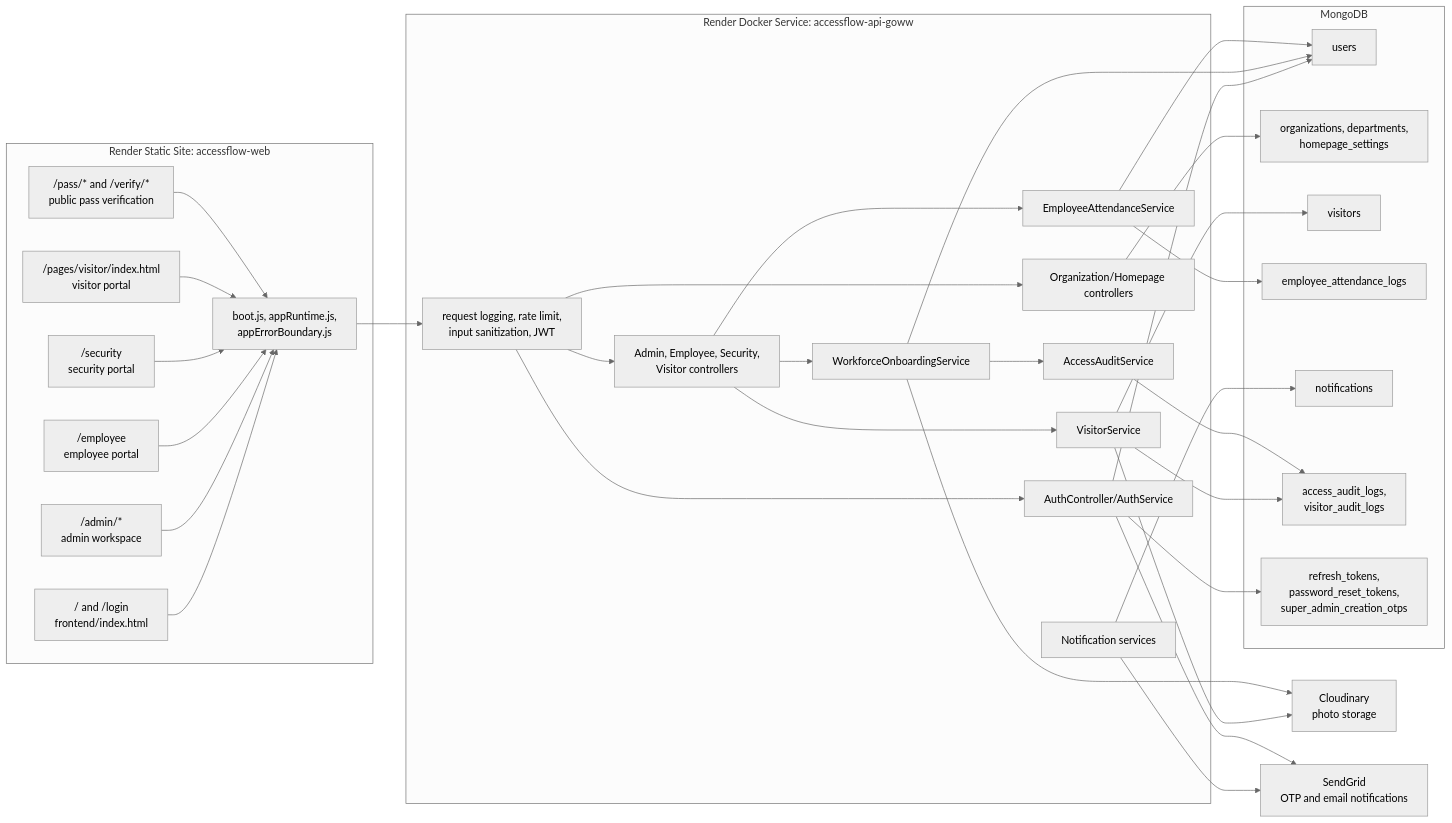
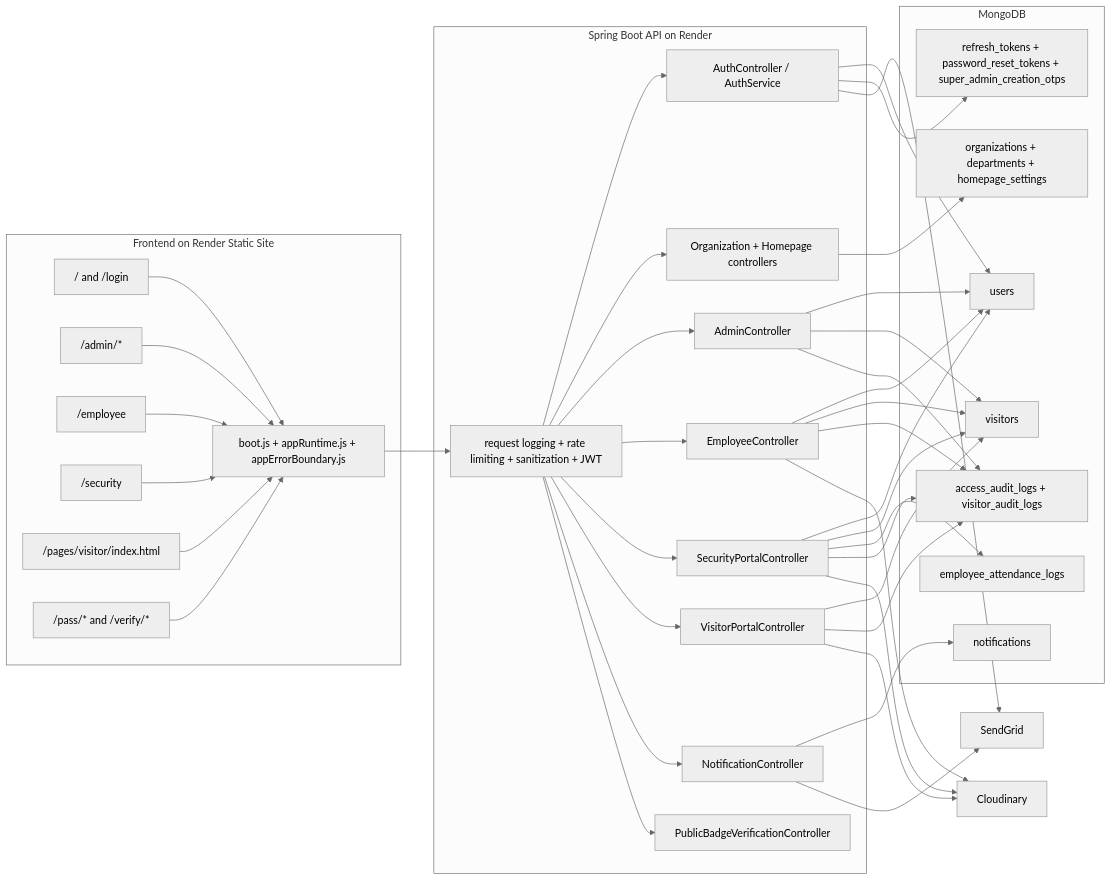
The first of 42 diagrams in PROJECT_OVERVIEW.md (digitaldodo/visitor-management-system), drawn with Mermaid (neutral theme) before and after one commit. The commit also changed other lines of this file and 1 other file, not shown here.

Commit message:
docs: consolidate AccessFlow documentation

````diff
--- a/PROJECT_OVERVIEW.md
+++ b/PROJECT_OVERVIEW.md
@@ -25,66 +27,77 @@
 ```mermaid
 flowchart LR
-    subgraph FE["Render Static Site: accessflow-web"]
-        Login["/ and /login<br/>frontend/index.html"]
-        Admin["/admin/*<br/>admin workspace"]
-        Employee["/employee<br/>employee portal"]
-        Security["/security<br/>security portal"]
-        Visitor["/pages/visitor/index.html<br/>visitor portal"]
-        Pass["/pass/* and /verify/*<br/>public pass verification"]
-        Runtime["boot.js, appRuntime.js,<br/>appErrorBoundary.js"]
+    subgraph FE["Frontend on Render Static Site"]
+        Login["/ and /login"]
+        Admin["/admin/*"]
+        Employee["/employee"]
+        Security["/security"]
+        Visitor["/pages/visitor/index.html"]
+        Pass["/pass/* and /verify/*"]
+        Runtime["boot.js + appRuntime.js + appErrorBoundary.js"]
     end
 
-    subgraph API["Render Docker Service: accessflow-api-goww"]
-        Filters["request logging, rate limit,<br/>input sanitization, JWT"]
-        Auth["AuthController/AuthService"]
-        Portal["Admin, Employee, Security,<br/>Visitor controllers"]
-        Org["Organization/Homepage controllers"]
-        VisitorSvc["VisitorService"]
-        Workforce["WorkforceOnboardingService"]
-        Attendance["EmployeeAttendanceService"]
-        Notify["Notification services"]
-        Audit["AccessAuditService"]
+    subgraph API["Spring Boot API on Render"]
+        Filters["request logging + rate limiting + sanitization + JWT"]
+        Auth["AuthController / AuthService"]
+        Org["Organization + Homepage controllers"]
+        AdminApi["AdminController"]
+        EmployeeApi["EmployeeController"]
+        SecurityApi["SecurityPortalController"]
+        VisitorApi["VisitorPortalController"]
+        Notify["NotificationController"]
+        PublicPass["PublicBadgeVerificationController"]
     end
 
     subgraph DB["MongoDB"]
         Users["users"]
-        Orgs["organizations, departments,<br/>homepage_settings"]
         Visitors["visitors"]
-        AttendanceLogs["employee_attendance_logs"]
+        Orgs["organizations + departments + homepage_settings"]
+        Attendance["employee_attendance_logs"]
         Notifications["notifications"]
-        AuditLogs["access_audit_logs,<br/>visitor_audit_logs"]
-        Tokens["refresh_tokens,<br/>password_reset_tokens,<br/>super_admin_creation_otps"]
+        Audits["access_audit_logs + visitor_audit_logs"]
+        Tokens["refresh_tokens + password_reset_tokens + super_admin_creation_otps"]
     end
 
-    Cloudinary["Cloudinary<br/>photo storage"]
-    SendGrid["SendGrid<br/>OTP and email notifications"]
+    Cloudinary["Cloudinary"]
+    SendGrid["SendGrid"]
 
     Login --> Runtime
     Admin --> Runtime
     Employee --> Runtime
     Security --> Runtime
     Visitor --> Runtime
     Pass --> Runtime
+
     Runtime --> Filters
     Filters --> Auth
-    Filters --> Portal
     Filters --> Org
-    Portal --> VisitorSvc
-    Portal --> Workforce
-    Portal --> Attendance
+    Filters --> AdminApi
+    Filters --> EmployeeApi
+    Filters --> SecurityApi
+    Filters --> VisitorApi
+    Filters --> Notify
+    Filters --> PublicPass
+
     Auth --> Users
     Auth --> Tokens
     Org --> Orgs
-    VisitorSvc --> Visitors
-    VisitorSvc --> AuditLogs
-    Workforce --> Users
-    Workforce --> Audit
-    Attendance --> Users
-    Attendance --> AttendanceLogs
+    AdminApi --> Users
+    AdminApi --> Visitors
+    EmployeeApi --> Users
+    EmployeeApi --> Visitors
+    SecurityApi --> Users
+    SecurityApi --> Visitors
+    SecurityApi --> Attendance
+    VisitorApi --> Visitors
     Notify --> Notifications
-    Audit --> AuditLogs
-    VisitorSvc --> Cloudinary
-    Workforce --> Cloudinary
+    AdminApi --> Audits
+    EmployeeApi --> Audits
+    SecurityApi --> Audits
+    VisitorApi --> Audits
+
+    SecurityApi --> Cloudinary
+    VisitorApi --> Cloudinary
+    EmployeeApi --> Cloudinary
+    Auth --> SendGrid
     Notify --> SendGrid
-    Auth --> SendGrid
 ```
````
